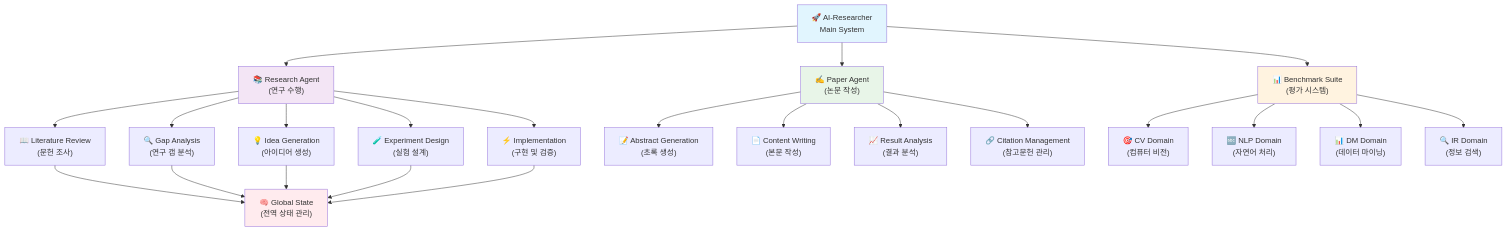
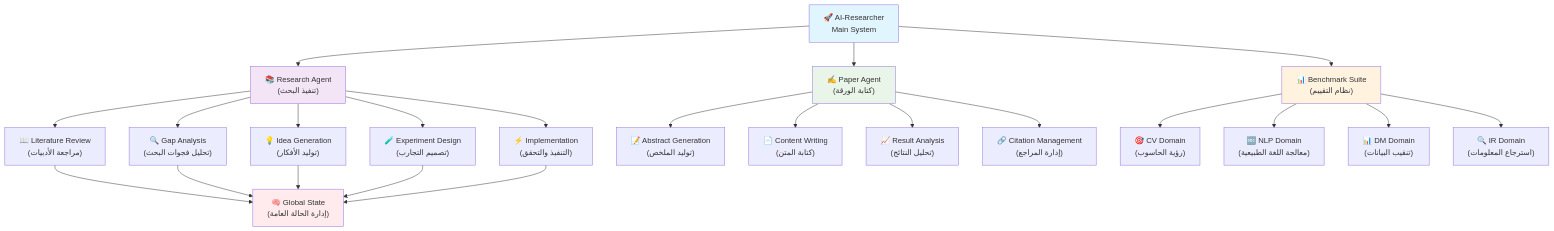
One commit to ThakiCloud/thakicloud.github.io changed the first of 3 diagrams in _posts/ar/research/2025-08-21-ai-researcher-autonomous-scientific-innovation-analysis.md. Above: the diagram before and after it, drawn with Mermaid. The commit also changed other lines of this file and 21 other files, not shown here.

First line of the commit message:
fix(blog): translate mermaid labels to post language (en/ar)

````diff
--- a/_posts/ar/research/2025-08-21-ai-researcher-autonomous-scientific-innovation-analysis.md
+++ b/_posts/ar/research/2025-08-21-ai-researcher-autonomous-scientific-innovation-analysis.md
@@ -65,34 +65,34 @@
 ```mermaid
 graph TD
-    A["🚀 AI-Researcher<br/>Main System"] --> B["📚 Research Agent<br/>(연구 수행)"]
-    A --> C["✍️ Paper Agent<br/>(논문 작성)"]
-    A --> D["📊 Benchmark Suite<br/>(평가 시스템)"]
+    A["🚀 AI-Researcher<br/>Main System"] --> B["📚 Research Agent<br/>(تنفيذ البحث)"]
+    A --> C["✍️ Paper Agent<br/>(كتابة الورقة)"]
+    A --> D["📊 Benchmark Suite<br/>(نظام التقييم)"]
     
-    B --> E["📖 Literature Review<br/>(문헌 조사)"]
-    B --> F["🔍 Gap Analysis<br/>(연구 갭 분석)"]
-    B --> G["💡 Idea Generation<br/>(아이디어 생성)"]
-    B --> H["🧪 Experiment Design<br/>(실험 설계)"]
-    B --> I["⚡ Implementation<br/>(구현 및 검증)"]
+    B --> E["📖 Literature Review<br/>(مراجعة الأدبيات)"]
+    B --> F["🔍 Gap Analysis<br/>(تحليل فجوات البحث)"]
+    B --> G["💡 Idea Generation<br/>(توليد الأفكار)"]
+    B --> H["🧪 Experiment Design<br/>(تصميم التجارب)"]
+    B --> I["⚡ Implementation<br/>(التنفيذ والتحقق)"]
     
-    C --> J["📝 Abstract Generation<br/>(초록 생성)"]
-    C --> K["📄 Content Writing<br/>(본문 작성)"]
-    C --> L["📈 Result Analysis<br/>(결과 분석)"]
-    C --> M["🔗 Citation Management<br/>(참고문헌 관리)"]
+    C --> J["📝 Abstract Generation<br/>(توليد الملخص)"]
+    C --> K["📄 Content Writing<br/>(كتابة المتن)"]
+    C --> L["📈 Result Analysis<br/>(تحليل النتائج)"]
+    C --> M["🔗 Citation Management<br/>(إدارة المراجع)"]
     
-    D --> N["🎯 CV Domain<br/>(컴퓨터 비전)"]
-    D --> O["🔤 NLP Domain<br/>(자연어 처리)"]
-    D --> P["📊 DM Domain<br/>(데이터 마이닝)"]
-    D --> Q["🔍 IR Domain<br/>(정보 검색)"]
+    D --> N["🎯 CV Domain<br/>(رؤية الحاسوب)"]
+    D --> O["🔤 NLP Domain<br/>(معالجة اللغة الطبيعية)"]
+    D --> P["📊 DM Domain<br/>(تنقيب البيانات)"]
+    D --> Q["🔍 IR Domain<br/>(استرجاع المعلومات)"]
     
-    E --> R["🧠 Global State<br/>(전역 상태 관리)"]
+    E --> R["🧠 Global State<br/>(إدارة الحالة العامة)"]
     F --> R
     G --> R
     H --> R
     I --> R
     
     style A fill:#e1f5fe
     style B fill:#f3e5f5
     style C fill:#e8f5e8
     style D fill:#fff3e0
     style R fill:#ffebee
 ```
````
